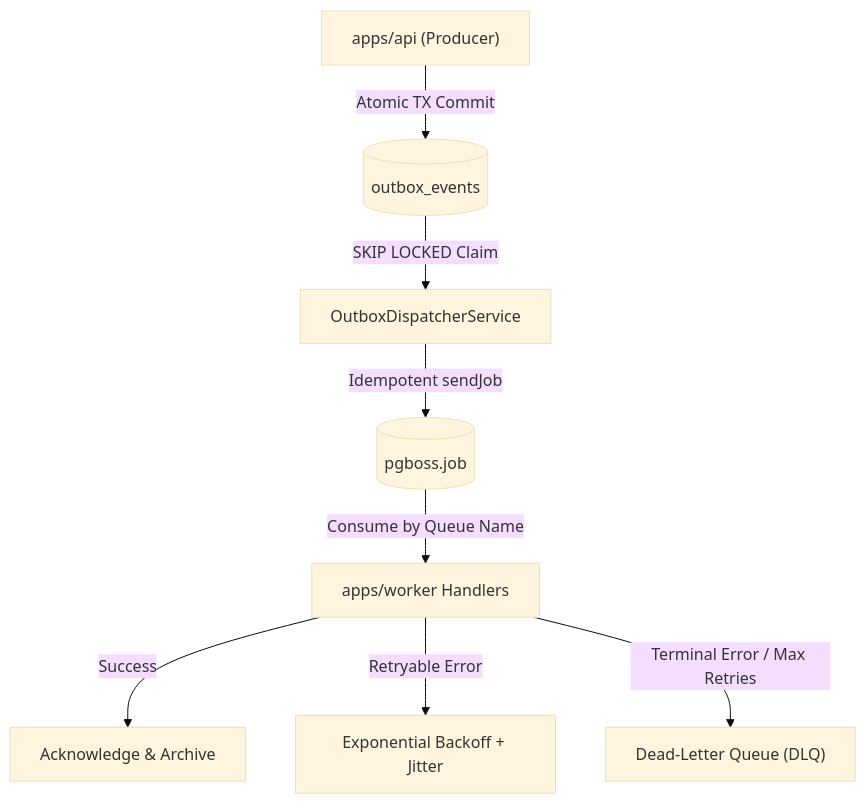
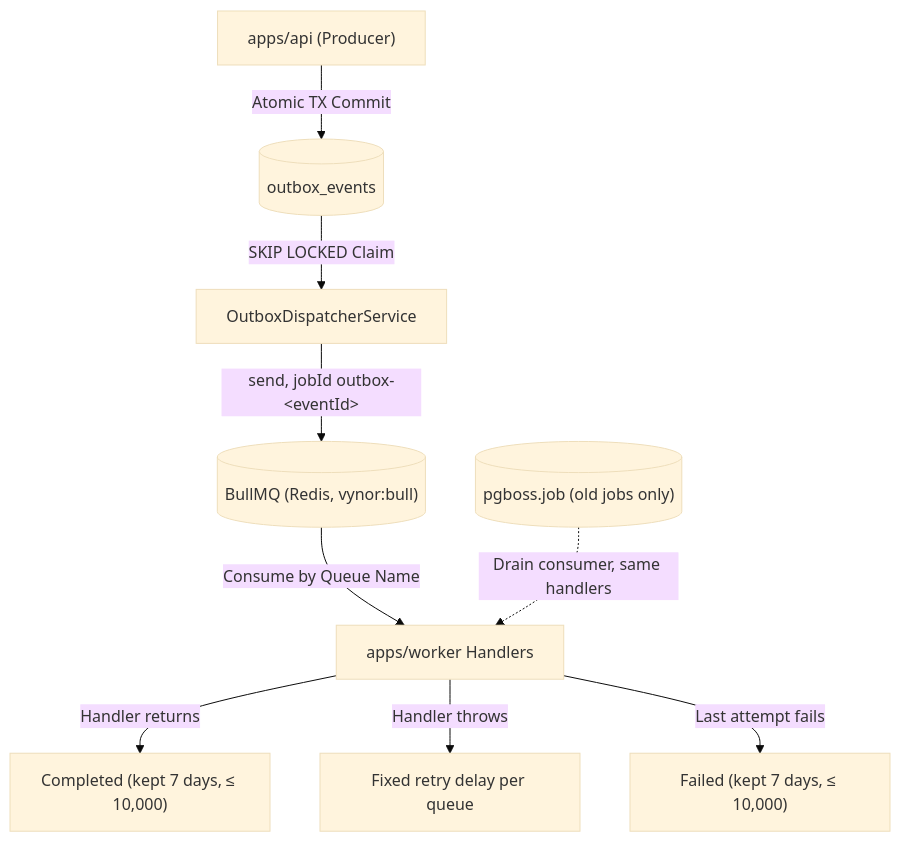
Before and after one commit to Alkanni/vynor-crm-system: the first of 2 diagrams in docs/background-jobs-and-queues.md, drawn with Mermaid (base theme). The commit also changed other lines of this file and 62 other files, not shown here.

First line of the commit message:
feat(worker): run background jobs on BullMQ and drain pg-boss (WU-05a) (#69)

````diff
--- a/docs/background-jobs-and-queues.md
+++ b/docs/background-jobs-and-queues.md
@@ -11,11 +11,12 @@
 ```mermaid
 flowchart TD
     API["apps/api (Producer)"] -->|Atomic TX Commit| OutboxTable[(outbox_events)]
     OutboxTable -->|SKIP LOCKED Claim| Dispatcher["OutboxDispatcherService"]
-    Dispatcher -->|Idempotent sendJob| PgBossQueue[(pgboss.job)]
-    PgBossQueue -->|Consume by Queue Name| Worker["apps/worker Handlers"]
+    Dispatcher -->|"send, jobId outbox-&lt;eventId&gt;"| BullMQ[("BullMQ (Redis, vynor:bull)")]
+    BullMQ -->|Consume by Queue Name| Worker["apps/worker Handlers"]
+    PgBoss[("pgboss.job (old jobs only)")] -.->|Drain consumer, same handlers| Worker
 
-    Worker -->|Success| Complete["Acknowledge & Archive"]
-    Worker -->|Retryable Error| Retry["Exponential Backoff + Jitter"]
-    Worker -->|Terminal Error / Max Retries| DLQ["Dead-Letter Queue (DLQ)"]
+    Worker -->|Handler returns| Complete["Completed (kept 7 days, ≤ 10,000)"]
+    Worker -->|Handler throws| Retry["Fixed retry delay per queue"]
+    Worker -->|Last attempt fails| Failed["Failed (kept 7 days, ≤ 10,000)"]
 ```
````
